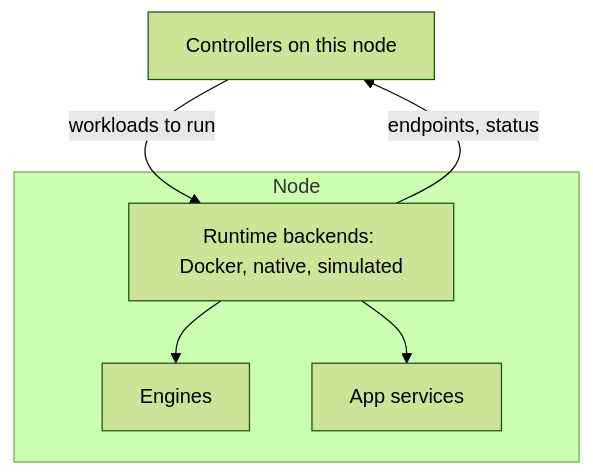
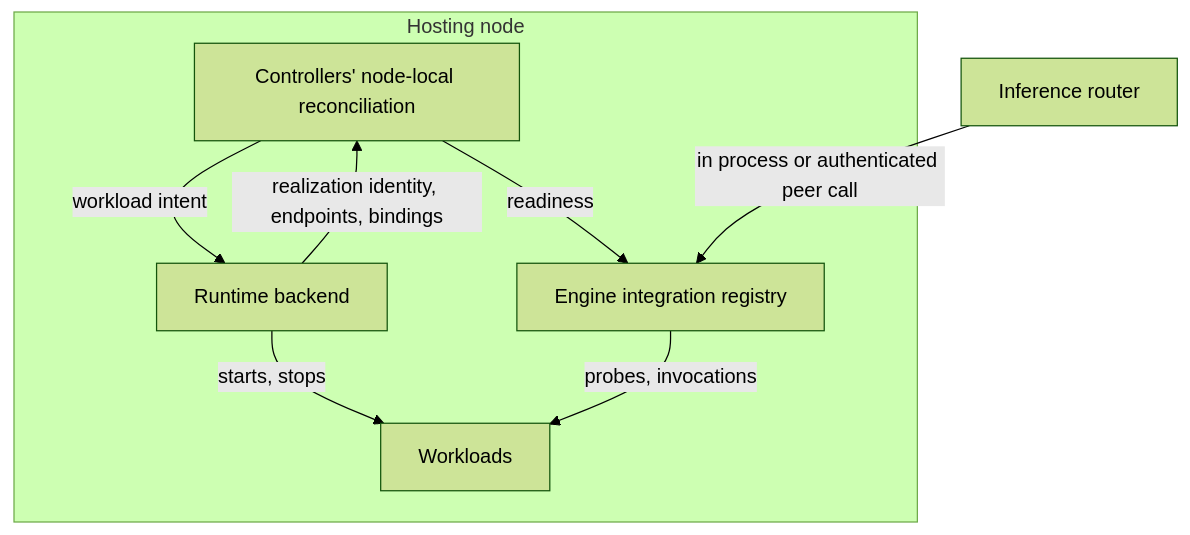
The diagram in docs/design/runtime.md (dotcoreai/dotcore), drawn with Mermaid (forest theme) before and after one commit. The commit also changed other lines of this file and 12 other files, not shown here.

Commit message:
docs(*): restructure design pages as architecture specs

````diff
--- a/docs/design/runtime.md
+++ b/docs/design/runtime.md
@@ -15,10 +20,16 @@
 ```mermaid
 flowchart TB
-  CTRL["Controllers on this node"] -->|"workloads to run"| RB
-  subgraph Node
-    RB["Runtime backends: Docker, native, simulated"]
-    RB --> E["Engines"]
-    RB --> S["App services"]
+  subgraph Node["Hosting node"]
+    CTRL["Controllers' node-local reconciliation"]
+    EIR["Engine integration registry"]
+    RB["Runtime backend"]
+    W["Workloads"]
   end
-  RB -->|"endpoints, status"| CTRL
+  RTR["Inference router"]
+  CTRL -->|"workload intent"| RB
+  RB -->|"realization identity, endpoints, bindings"| CTRL
+  RB -->|"starts, stops"| W
+  CTRL -->|"readiness"| EIR
+  RTR -->|"in process or authenticated peer call"| EIR
+  EIR -->|"probes, invocations"| W
 ```
````
